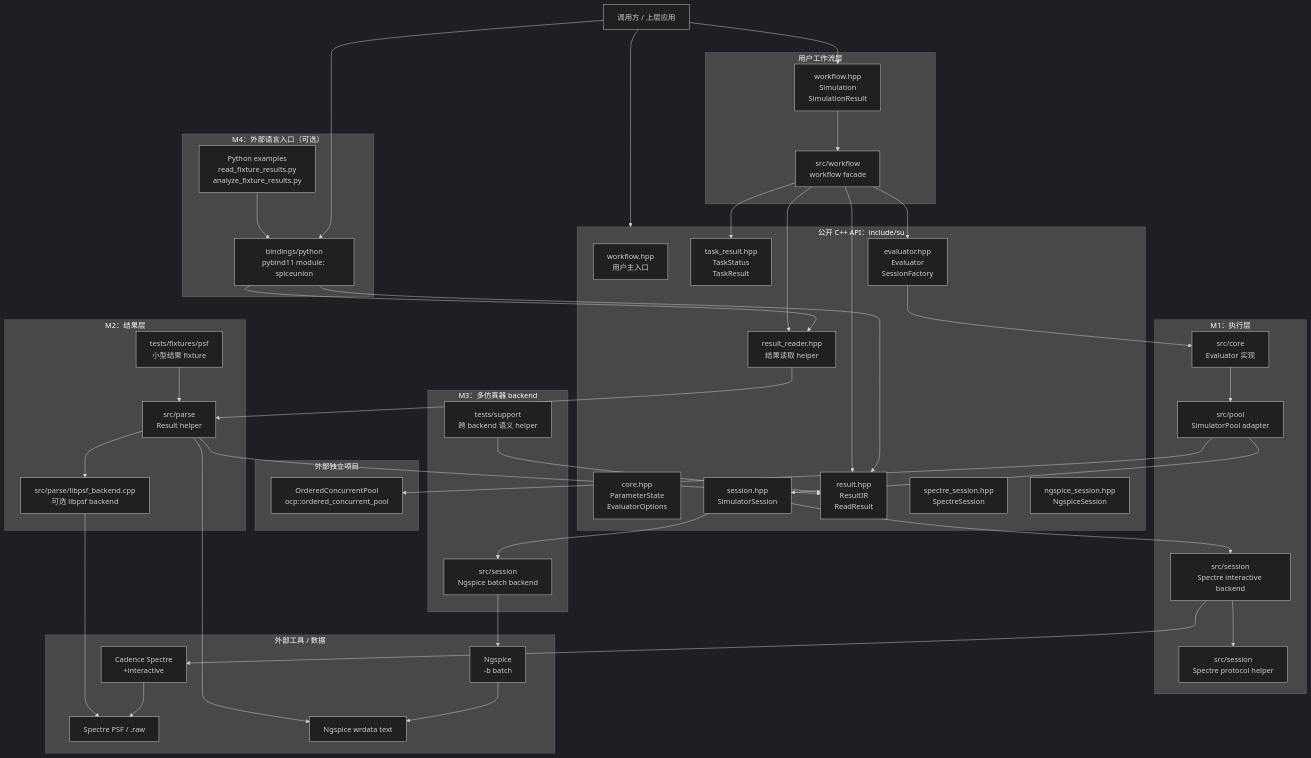
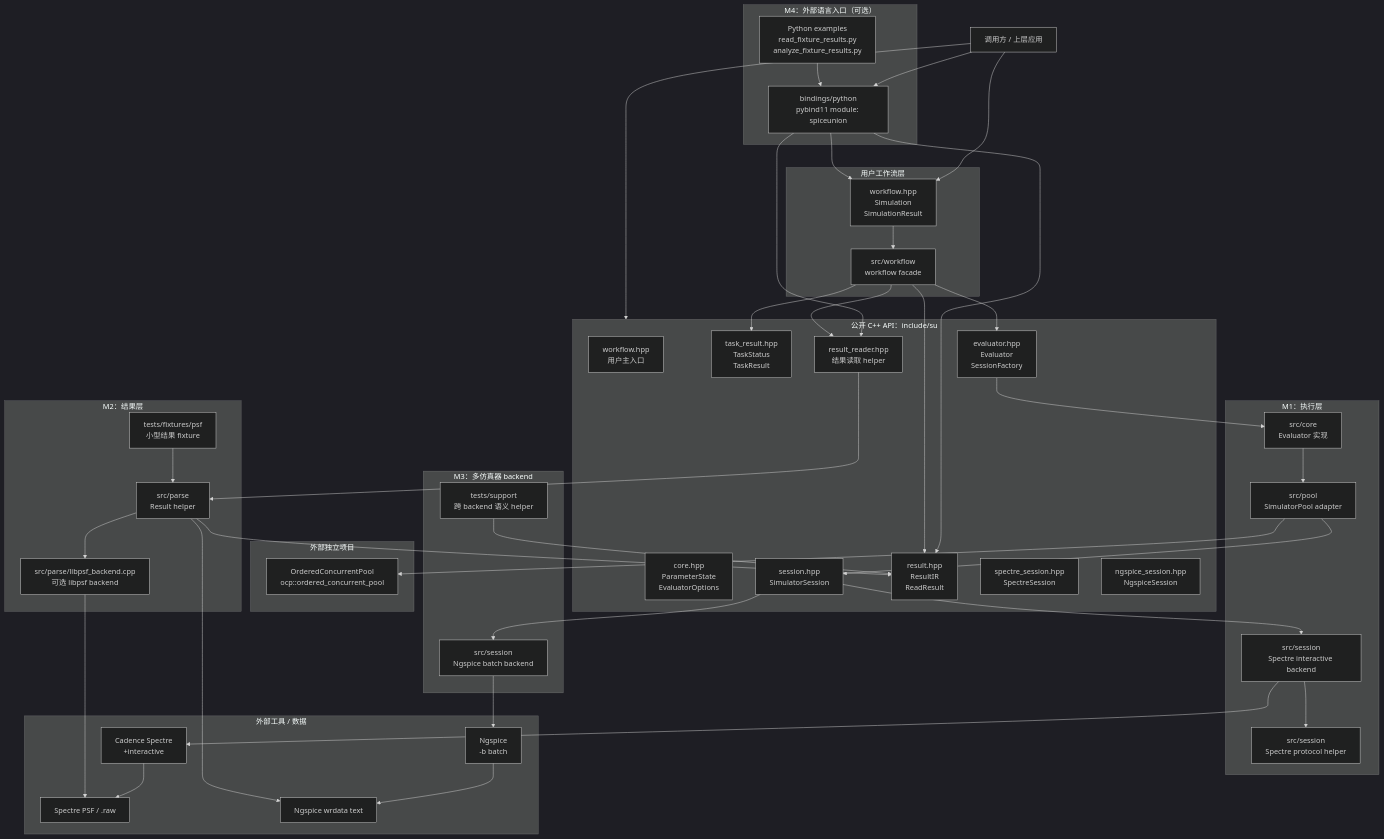
Before and after one commit to Snappersontheprowl/SPICEUnion: the first of 6 diagrams in doc/develop_doc/00_项目总览/02_架构总览.md, drawn with Mermaid (dark theme). The commit also changed other lines of this file and 18 other files, not shown here.

```diff
--- a/doc/develop_doc/00_项目总览/02_架构总览.md
+++ b/doc/develop_doc/00_项目总览/02_架构总览.md
@@ -78,6 +78,7 @@
     User --> Py
     User --> WorkflowAPI
     User --> PublicAPI
+    Py --> WorkflowAPI
     Py --> Reader
     Py --> Result
     PyExamples --> Py
```
